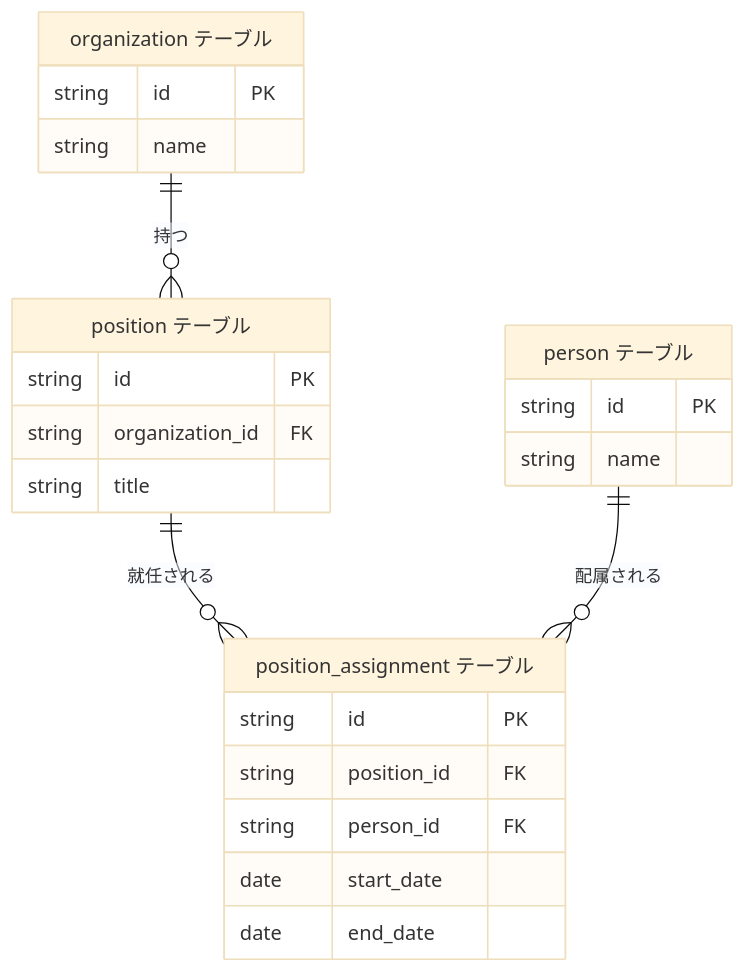
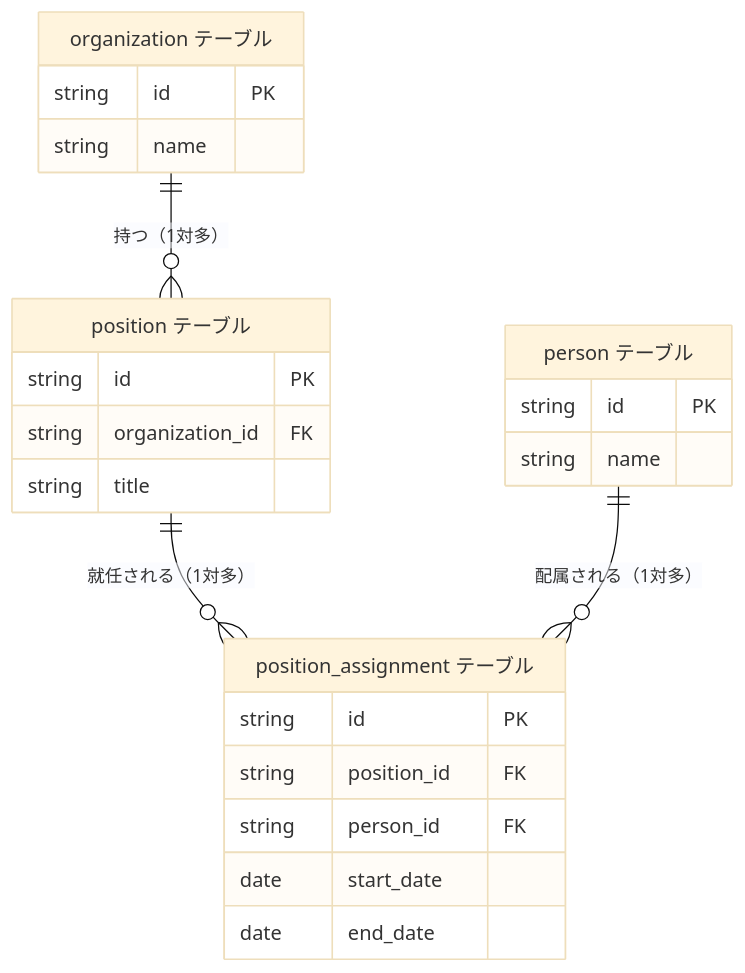
Before and after one commit to hiroki-it/tech-notebook: diagram 14 of 30 in docs/software/software_middleware_database_rdb_er.md, drawn with Mermaid (base theme). The commit also changed other lines of this file and 4 other files, not shown here.

````diff
--- a/docs/software/software_middleware_database_rdb_er.md
+++ b/docs/software/software_middleware_database_rdb_er.md
@@ -429,30 +429,30 @@
 ```mermaid
 erDiagram
   organization["organization テーブル"] {
     string id PK
     string name
   }
 
   position["position テーブル"] {
     string id PK
     string organization_id FK
     string title
   }
 
   person["person テーブル"] {
     string id PK
     string name
   }
 
   position_assignment["position_assignment テーブル"] {
     string id PK
     string position_id FK
     string person_id FK
     date start_date
     date end_date
   }
 
-  organization ||--o{ position : "持つ"
-  position ||--o{ position_assignment : "就任される"
-  person ||--o{ position_assignment : "配属される"
+  organization ||--o{ position : "持つ（1対多）"
+  position ||--o{ position_assignment : "就任される（1対多）"
+  person ||--o{ position_assignment : "配属される（1対多）"
 ```
````
